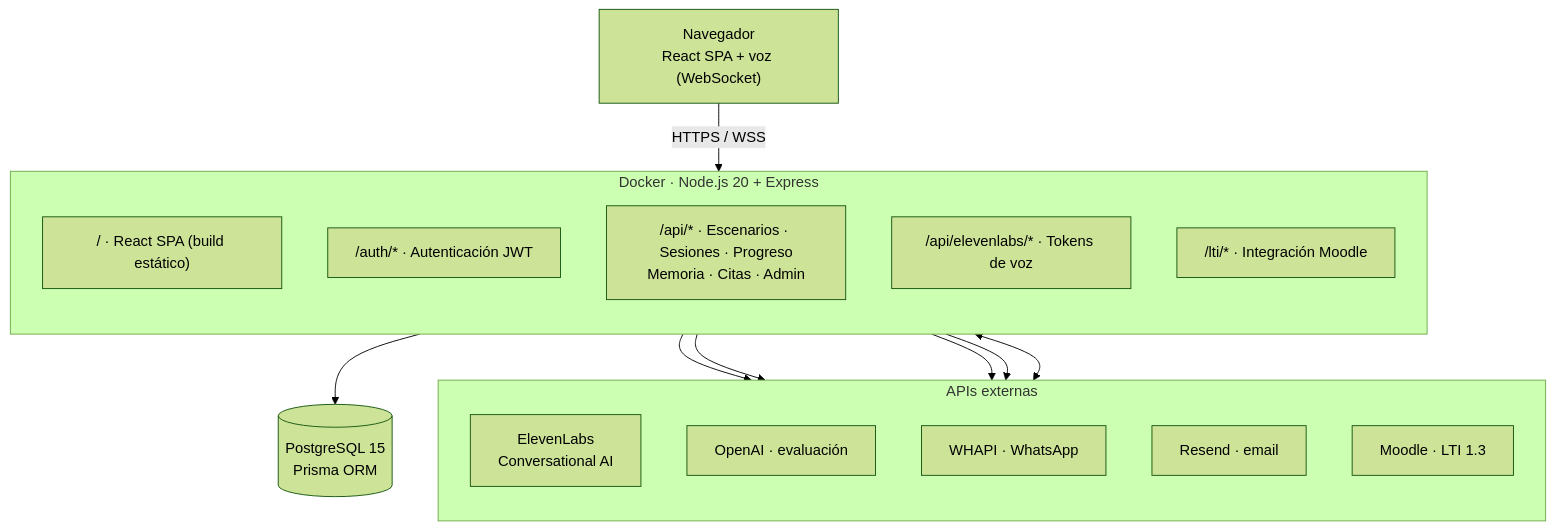
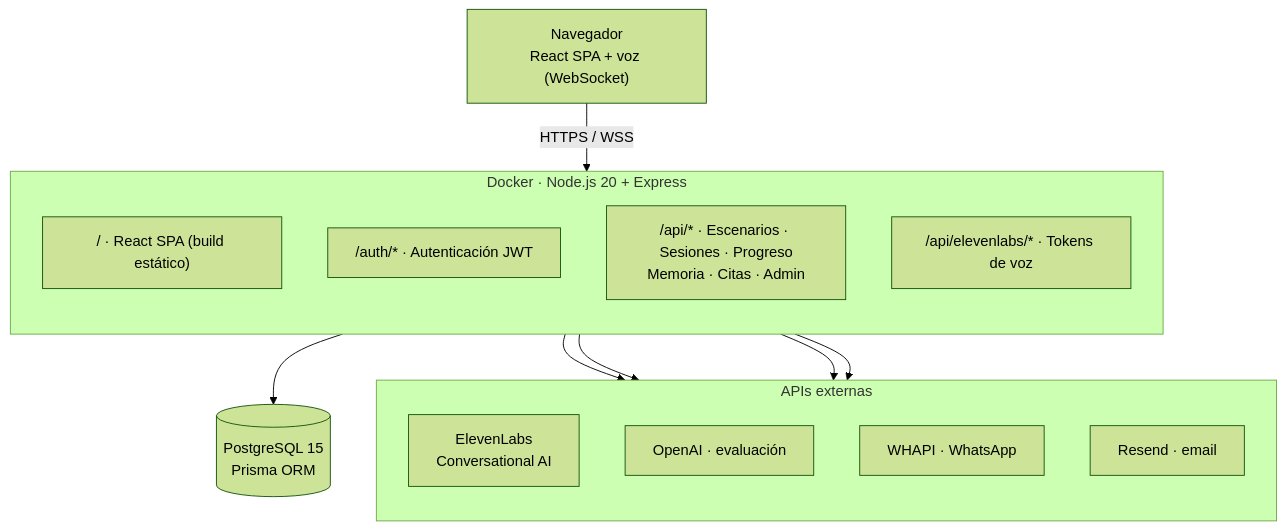
Before and after one commit to Vallit0/artificial-intelligence: the diagram in README.md, drawn with Mermaid (forest theme). The commit also changed 52 other files, not shown here.

````diff
--- a/README.md
+++ b/README.md
@@ -7,32 +7,29 @@
 ```mermaid
 flowchart TB
     U["Navegador<br/>React SPA + voz (WebSocket)"]
 
     subgraph docker["Docker · Node.js 20 + Express"]
         direction TB
         SPA["/ · React SPA (build estático)"]
         AUTH["/auth/* · Autenticación JWT"]
         API["/api/* · Escenarios · Sesiones · Progreso<br/>Memoria · Citas · Admin"]
         ELT["/api/elevenlabs/* · Tokens de voz"]
-        LTI["/lti/* · Integración Moodle"]
     end
 
     DB[("PostgreSQL 15<br/>Prisma ORM")]
 
     subgraph ext["APIs externas"]
         direction TB
         ELV["ElevenLabs<br/>Conversational AI"]
         OAI["OpenAI · evaluación"]
         WH["WHAPI · WhatsApp"]
         RS["Resend · email"]
-        MO["Moodle · LTI 1.3"]
     end
 
     U -->|HTTPS / WSS| docker
     docker --> DB
     ELT --> ELV
     API --> OAI
     API --> WH
     API --> RS
-    LTI <--> MO
 ```
````
